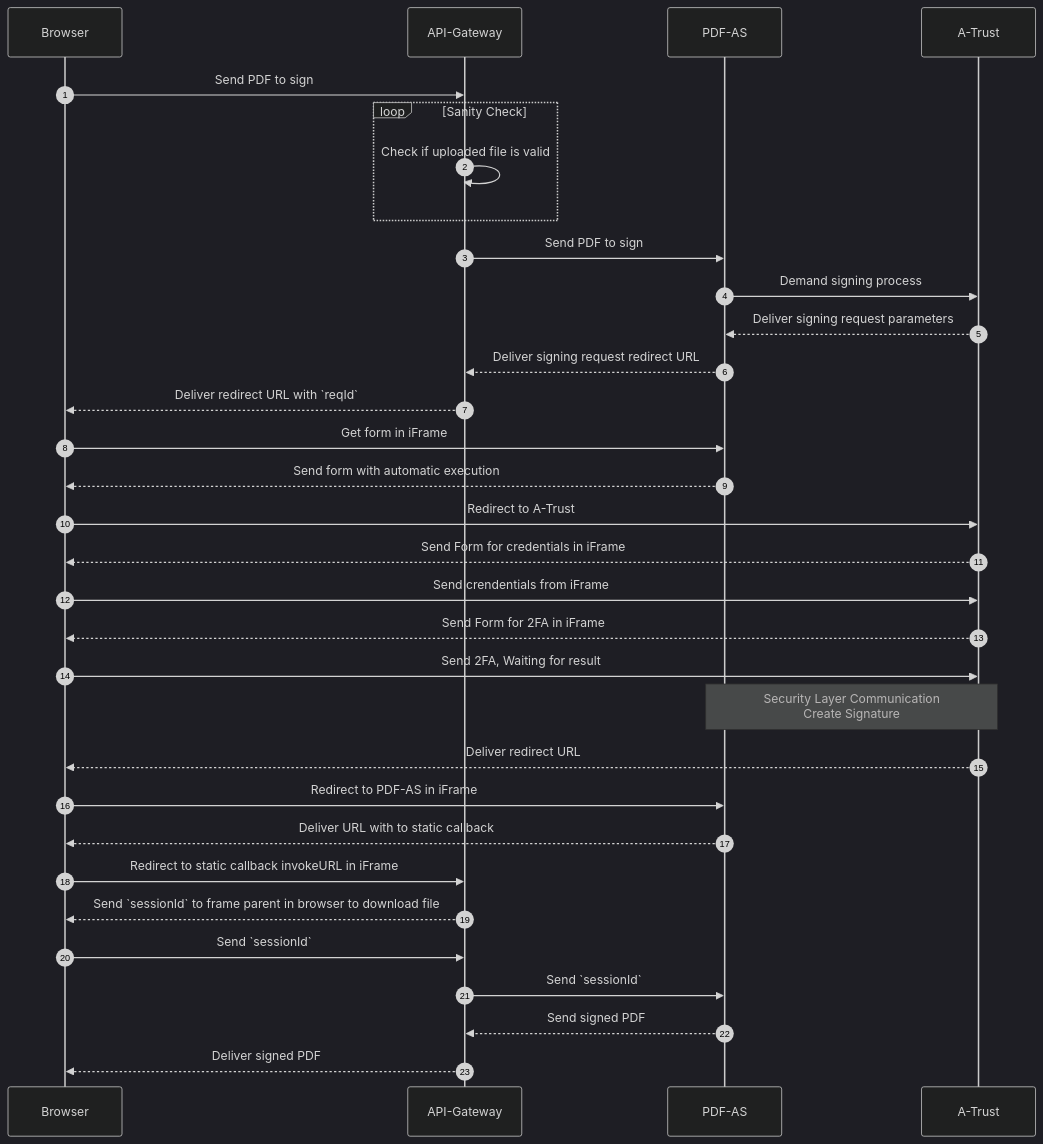
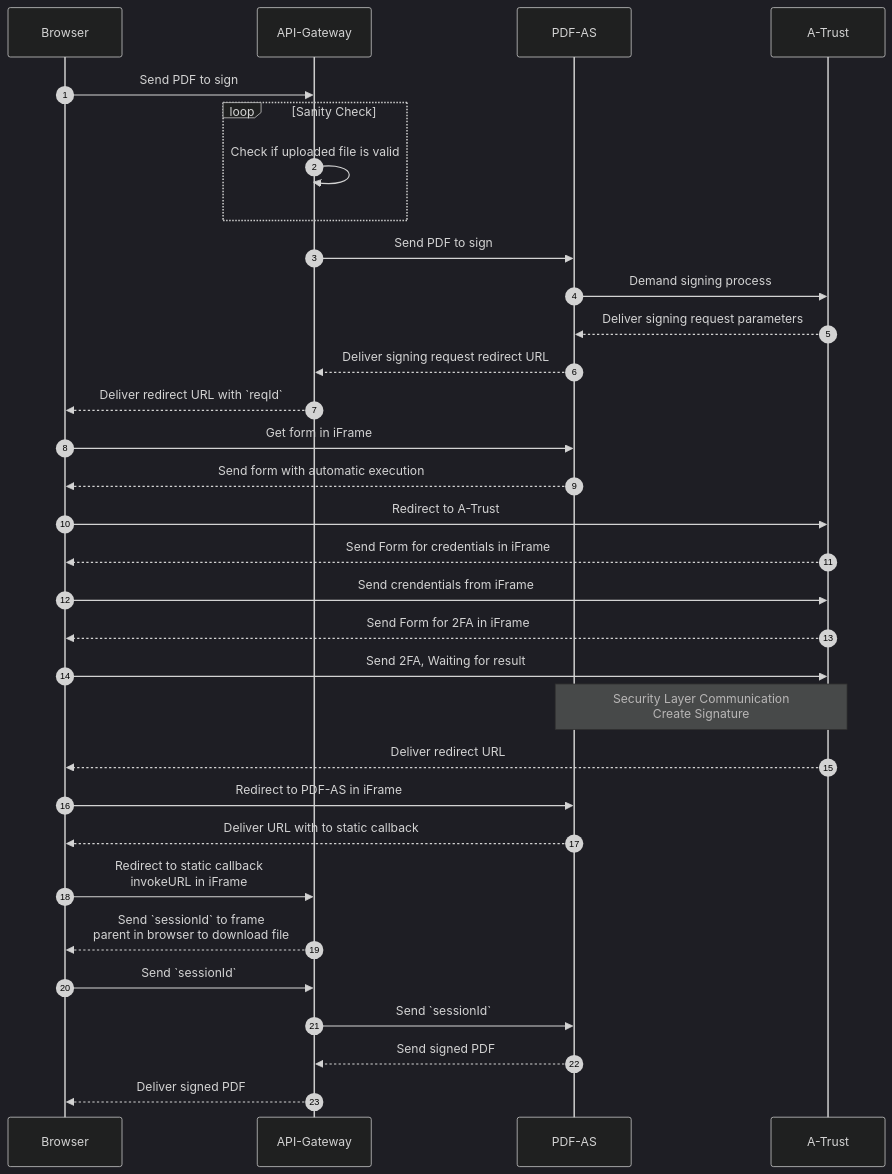
The first of 2 diagrams in docs/qualified_flow.md (digital-blueprint/relay-esign-bundle), drawn with Mermaid (dark theme) before and after one commit.

Commit message:
Add some line breaks to make the mermaid more compact

````diff
--- a/docs/qualified_flow.md
+++ b/docs/qualified_flow.md
@@ -4,34 +4,34 @@
 ```mermaid
 sequenceDiagram
     participant Browser
     participant API as API-Gateway
     participant PdfAs as PDF-AS
     participant ATrust as A-Trust
     autonumber
     Browser->>API: Send PDF to sign
     loop Sanity Check
         API->>API: Check if uploaded file is valid
     end
     API->>PdfAs: Send PDF to sign
     PdfAs->>ATrust: Demand signing process
     ATrust-->>PdfAs: Deliver signing request parameters
     PdfAs-->>API: Deliver signing request redirect URL
     API-->>Browser: Deliver redirect URL with `reqId`
     Browser->>PdfAs: Get form in iFrame
     PdfAs-->>Browser: Send form with automatic execution
     Browser->>ATrust: Redirect to A-Trust
     ATrust-->>Browser: Send Form for credentials in iFrame
     Browser->>ATrust: Send crendentials from iFrame
     ATrust-->>Browser: Send Form for 2FA in iFrame
     Browser->>ATrust: Send 2FA, Waiting for result
     Note over PdfAs, ATrust: Security Layer Communication<br> Create Signature
     ATrust-->>Browser: Deliver redirect URL
     Browser->>PdfAs: Redirect to PDF-AS in iFrame
     PdfAs-->>Browser: Deliver URL with to static callback
-    Browser->>API: Redirect to static callback invokeURL in iFrame
-    API-->>Browser: Send `sessionId` to frame parent in browser to download file
+    Browser->>API: Redirect to static callback <br> invokeURL in iFrame
+    API-->>Browser: Send `sessionId` to frame <br> parent in browser to download file
     Browser->>API: Send `sessionId`
     API->>PdfAs: Send `sessionId`
     PdfAs-->>API: Send signed PDF
     API-->>Browser: Deliver signed PDF
 ```
````
